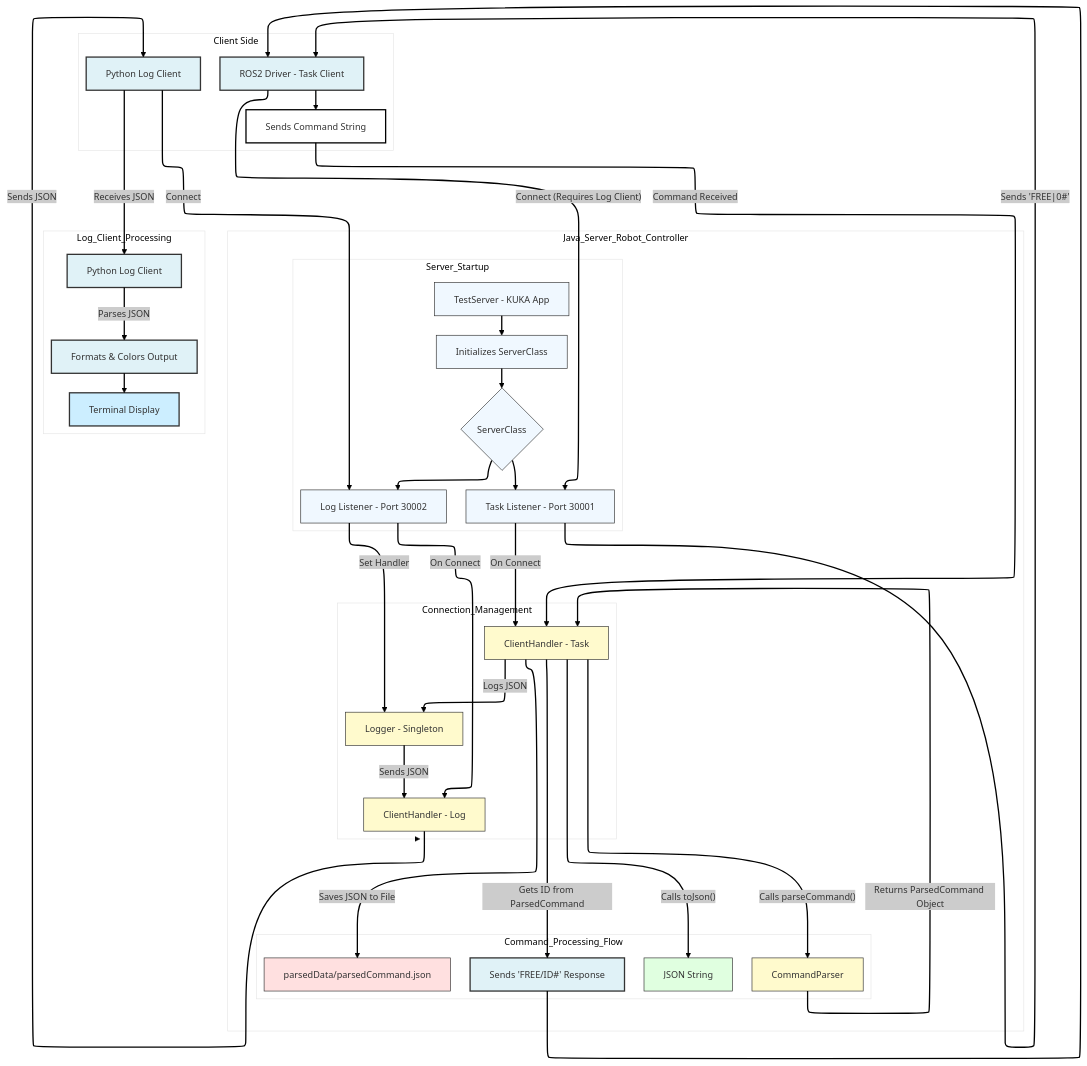
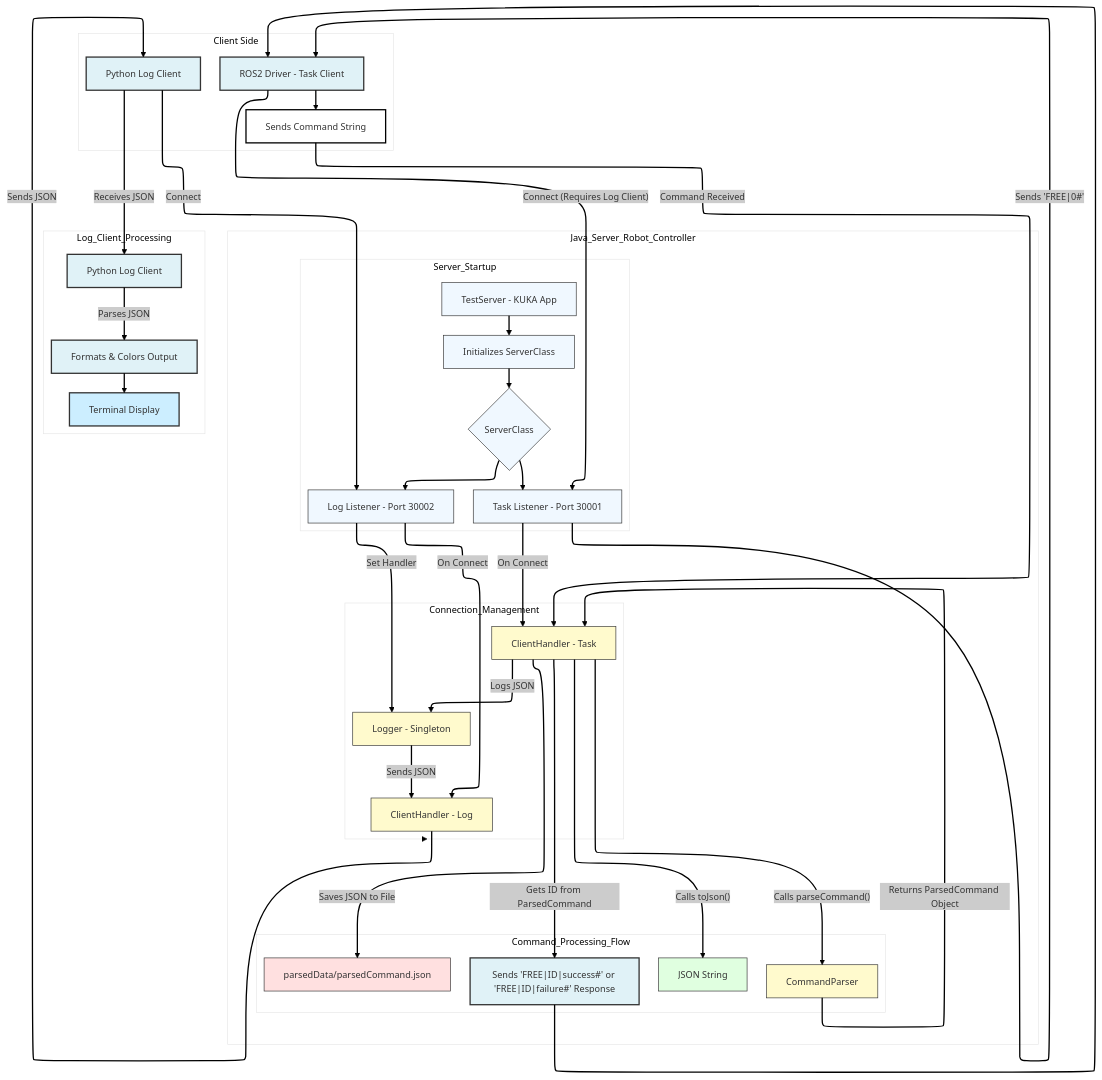
One commit to Aleynikovich/iiwaTOFAS changed the diagram in README.md. Above: the diagram before and after it, drawn with Mermaid. The commit also changed other lines of this file and 6 other files, not shown here.

```diff
--- a/README.md
+++ b/README.md
@@ -54,7 +54,7 @@
         M["CommandParser"]
         N["JSON String"]
         O["parsedData/parsedCommand.json"]
-        P@{ label: "Sends 'FREE/ID#' Response" }
+        P@{ label: "Sends 'FREE|ID|success#' or 'FREE|ID|failure#' Response" }
   end
  subgraph Java_Server_Robot_Controller["Java_Server_Robot_Controller"]
         Server_Startup
```
